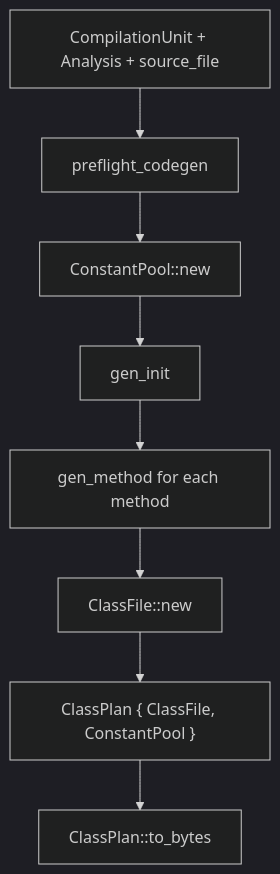
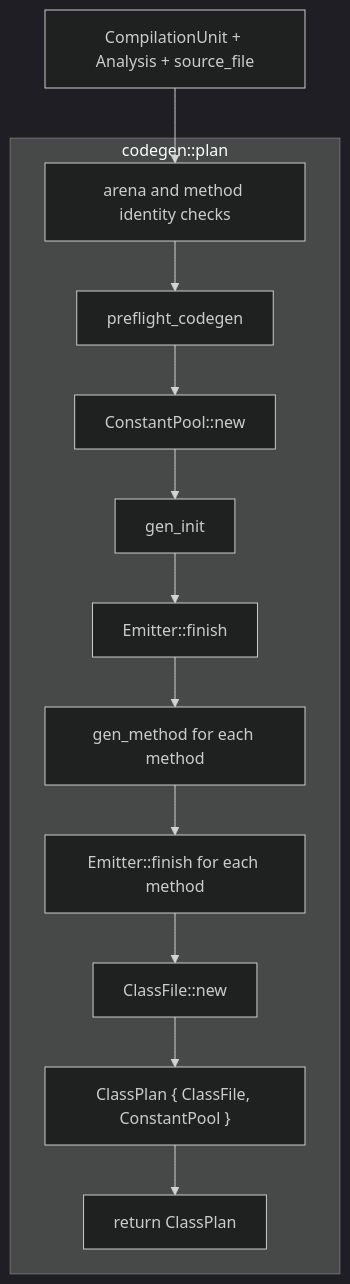
The first of 2 diagrams in docs/src/architecture/lowering.md (VitorNathanG/njavac), drawn with Mermaid (dark theme) before and after one commit. The commit also changed other lines of this file and 51 other files, not shown here.

````diff
--- a/docs/src/architecture/lowering.md
+++ b/docs/src/architecture/lowering.md
@@ -27,13 +28,19 @@
 ```mermaid
 flowchart TD
     Inputs["CompilationUnit + Analysis + source_file"]
-    Preflight["preflight_codegen"]
-    CP["ConstantPool::new"]
-    Init["gen_init"]
-    Methods["gen_method for each method"]
-    CF["ClassFile::new"]
-    Plan["ClassPlan { ClassFile, ConstantPool }"]
-    Bytes["ClassPlan::to_bytes"]
 
-    Inputs --> Preflight --> CP --> Init --> Methods --> CF --> Plan --> Bytes
+    subgraph CodegenPlan["codegen::plan"]
+        Identity["arena and method identity checks"]
+        Preflight["preflight_codegen"]
+        CP["ConstantPool::new"]
+        Init["gen_init"]
+        InitAsm["Emitter::finish"]
+        Methods["gen_method for each method"]
+        MethodAsm["Emitter::finish for each method"]
+        CF["ClassFile::new"]
+        Plan["ClassPlan { ClassFile, ConstantPool }"]
+        Return["return ClassPlan"]
+        Identity --> Preflight --> CP --> Init --> InitAsm --> Methods --> MethodAsm --> CF --> Plan --> Return
+    end
+    Inputs --> Identity
 ```
````
